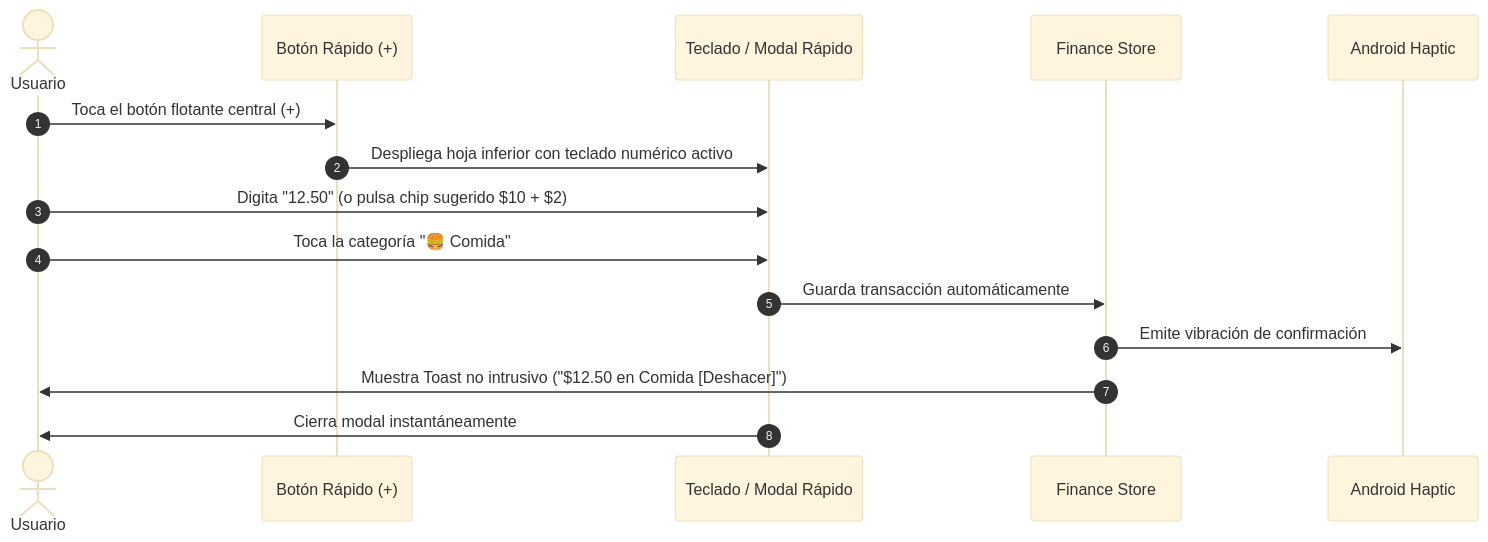
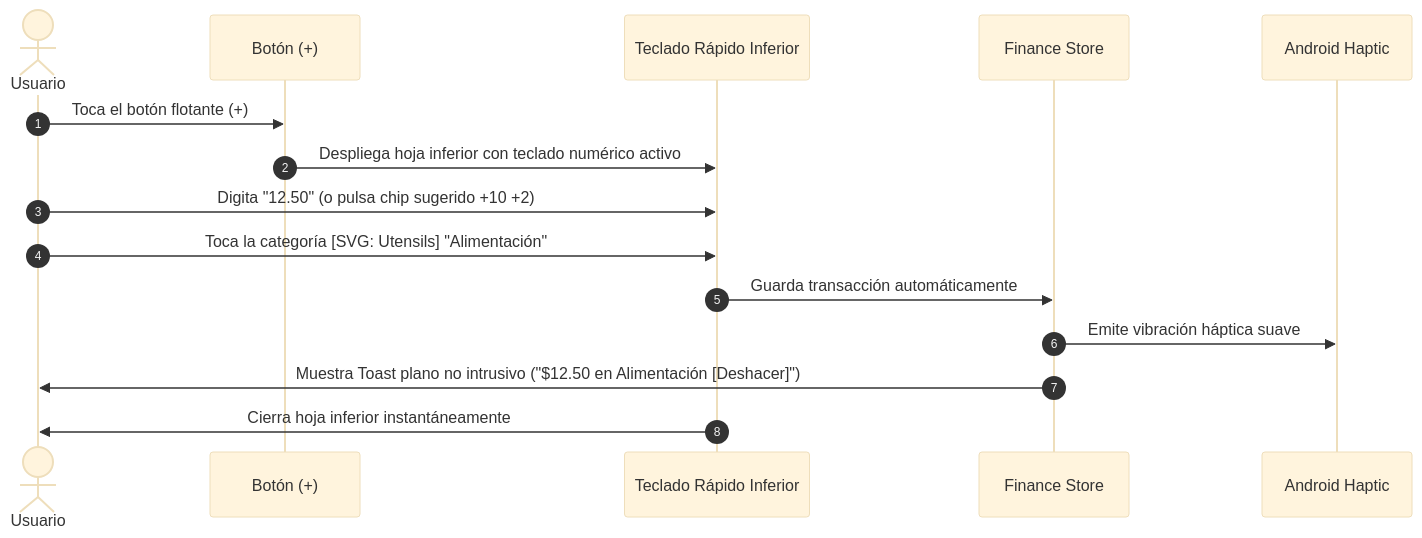
One commit to dypok/koin changed the diagram in documentation/UI_UX_SPECIFICATION.md. Above: the diagram before and after it, drawn with Mermaid (base theme). The commit also changed other lines of this file and 4 other files, not shown here.

````diff
--- a/documentation/UI_UX_SPECIFICATION.md
+++ b/documentation/UI_UX_SPECIFICATION.md
@@ -16,18 +36,18 @@
 ```mermaid
 sequenceDiagram
     autonumber
     actor User as Usuario
-    participant FAB as Botón Rápido (+)
-    participant Modal as Teclado / Modal Rápido
+    participant FAB as Botón (+)
+    participant Modal as Teclado Rápido Inferior
     participant Store as Finance Store
     participant Haptic as Android Haptic
 
-    User->>FAB: Toca el botón flotante central (+)
+    User->>FAB: Toca el botón flotante (+)
     FAB->>Modal: Despliega hoja inferior con teclado numérico activo
-    User->>Modal: Digita "12.50" (o pulsa chip sugerido $10 + $2)
-    User->>Modal: Toca la categoría "🍔 Comida"
+    User->>Modal: Digita "12.50" (o pulsa chip sugerido +10 +2)
+    User->>Modal: Toca la categoría [SVG: Utensils] "Alimentación"
     Modal->>Store: Guarda transacción automáticamente
-    Store->>Haptic: Emite vibración de confirmación
-    Store->>User: Muestra Toast no intrusivo ("$12.50 en Comida [Deshacer]")
-    Modal->>User: Cierra modal instantáneamente
+    Store->>Haptic: Emite vibración háptica suave
+    Store->>User: Muestra Toast plano no intrusivo ("$12.50 en Alimentación [Deshacer]")
+    Modal->>User: Cierra hoja inferior instantáneamente
 ```
````
